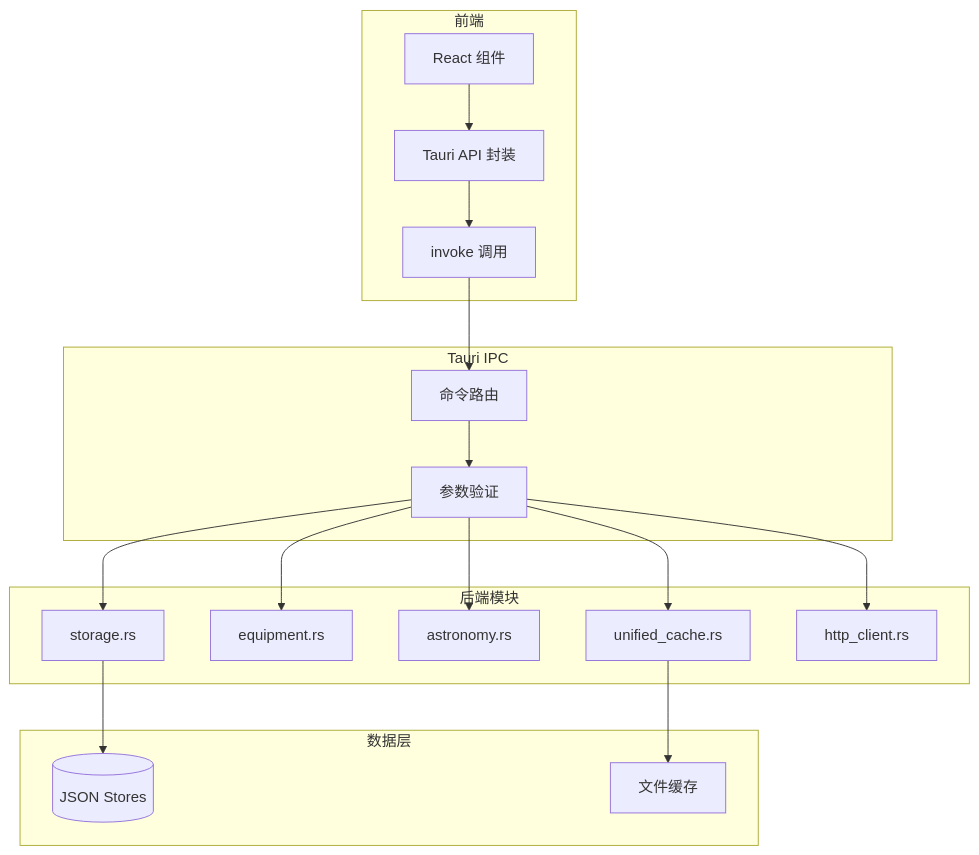
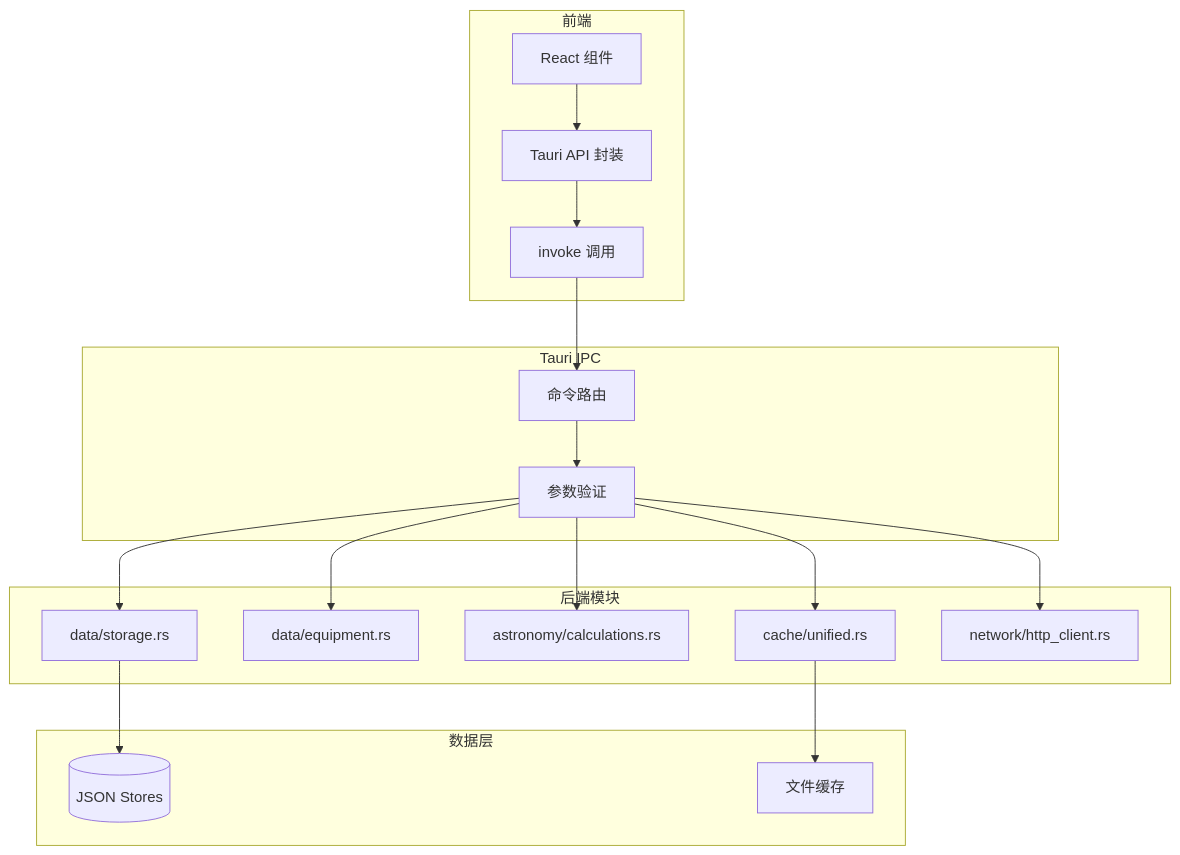
The diagram in docs/developer-guide/apis/backend-apis/index.md (AstroAir/skymap-test), drawn with Mermaid before and after one commit. The commit also changed other lines of this file and 148 other files, not shown here.

````diff
--- a/docs/developer-guide/apis/backend-apis/index.md
+++ b/docs/developer-guide/apis/backend-apis/index.md
@@ -7,25 +7,25 @@
 ```mermaid
 graph TD
     subgraph 前端
         A[React 组件] --> B[Tauri API 封装]
         B --> C[invoke 调用]
     end
 
     subgraph Tauri IPC
         C --> D[命令路由]
         D --> E[参数验证]
     end
 
     subgraph 后端模块
-        E --> F[storage.rs]
-        E --> G[equipment.rs]
-        E --> H[astronomy.rs]
-        E --> I[unified_cache.rs]
-        E --> J[http_client.rs]
+        E --> F[data/storage.rs]
+        E --> G[data/equipment.rs]
+        E --> H[astronomy/calculations.rs]
+        E --> I[cache/unified.rs]
+        E --> J[network/http_client.rs]
     end
 
     subgraph 数据层
         F --> K[(JSON Stores)]
         I --> L[文件缓存]
     end
 ```
````
